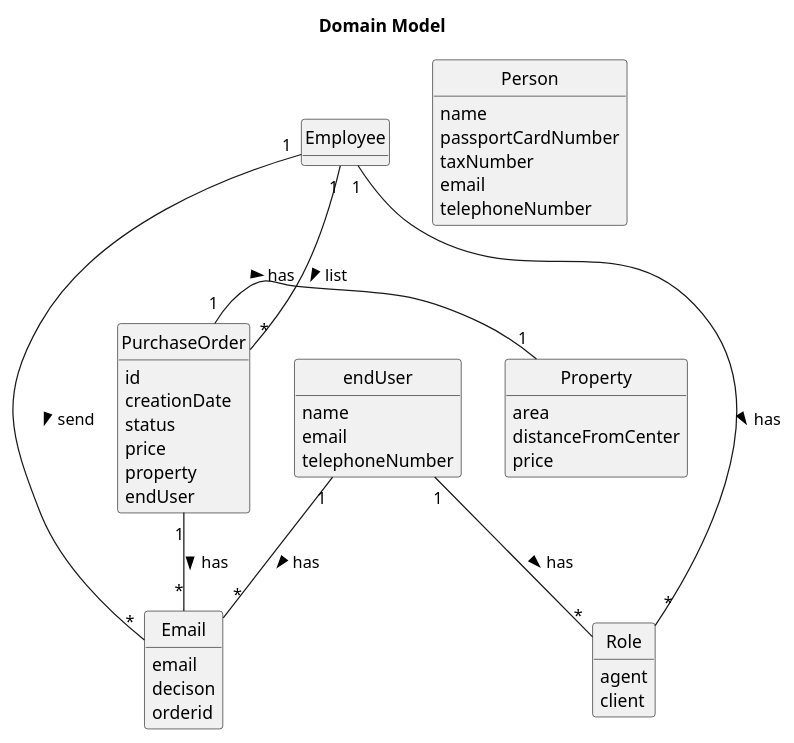
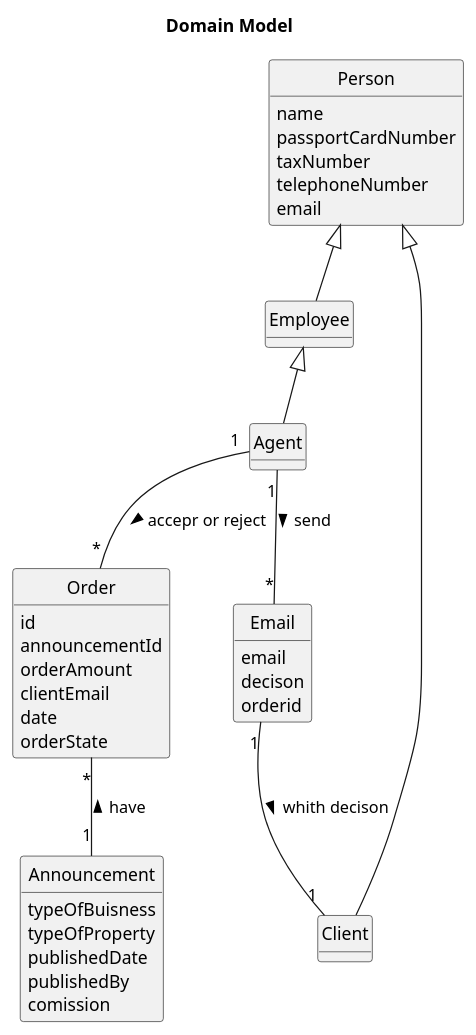
One commit to Goncalves2525/real-estate-management-system changed the diagram in docs/sprintC/us011/02.analysis/puml/us011-domain-model.puml. Above: the diagram before and after it, drawn with PlantUML. The commit also changed 2 other files, not shown here.

Commit message:
Domain and sequence diagram [US011] [update]

```diff
--- a/docs/sprintC/us011/02.analysis/puml/us011-domain-model.puml
+++ b/docs/sprintC/us011/02.analysis/puml/us011-domain-model.puml
@@ -1,62 +1,58 @@
 @startuml
 skinparam monochrome true
 skinparam packageStyle rectangle
 skinparam shadowing false
 skinparam classAttributeIconSize 0
 hide circle
 hide methods
 
 title Domain Model
 
 
 class Employee  {
 }
+class Agent extends Employee {
 
-class Role {
-    agent
-    client
 }
-
-class PurchaseOrder{
-    id
-    creationDate
-    status
-    price
-    property
-    endUser
+class Employee extends Person{
 }
 class Person{
     name
     passportCardNumber
     taxNumber
+    telephoneNumber
     email
-    telephoneNumber
 }
 
-class Property{
-    area
-    distanceFromCenter
-    price
+class Order{
+    id
+    announcementId
+    orderAmount
+    clientEmail
+    date
+    orderState
 }
 
 class Email{
     email
     decison
     orderid
 }
-
-class endUser{
-    name
-    email
-    telephoneNumber
+class Announcement{
+    typeOfBuisness
+    typeOfProperty
+    publishedDate
+    publishedBy
+    comission
+}
+class Client extends Person{
 }
 
-PurchaseOrder "1" - "1" Property: has >
-Employee "1" - "*" Role: has >
-Employee "1" -- "*" PurchaseOrder: list >
-PurchaseOrder "1" -- "*" Email: has >
-Employee "1" -- "*" Email: send >
-endUser "1" -- "*" Email: has >
-endUser "1" -- "*" Role: has >
+
+Agent "1" -- "*" Order: accepr or reject >
+Order "*" -- "1" Announcement: have <
+Agent "1" -- "*" Email: send >
+Email "1" -- "1" Client:  whith decison >
+
 
 @enduml
```
